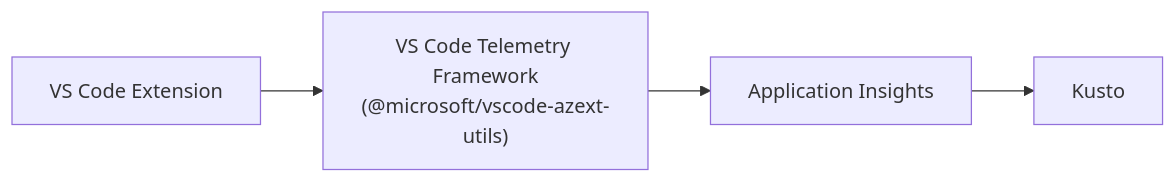
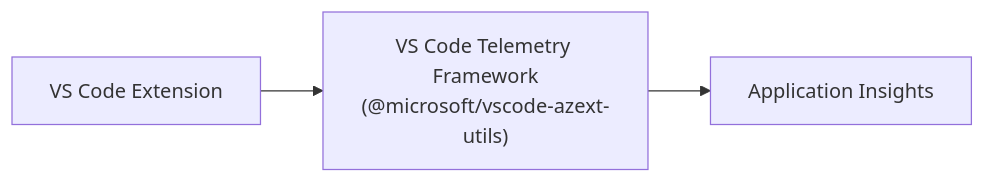
One commit to Azure/azure-dev changed the second of 3 diagrams in docs/architecture/telemetry.md. Above: the diagram before and after it, drawn with Mermaid. The commit also changed other lines of this file and 6 other files, not shown here.

````diff
--- a/docs/architecture/telemetry.md
+++ b/docs/architecture/telemetry.md
@@ -174,6 +137,5 @@
 ```mermaid
 flowchart LR
     VSExt["VS Code Extension"] --> VSFw["VS Code Telemetry Framework<br/>(@microsoft/vscode-azext-utils)"]
-    VSFw --> AppInsights2["Application Insights"]
-    AppInsights2 --> Kusto2["Kusto"]
+    VSFw --> AppInsights["Application Insights"]
 ```
````
